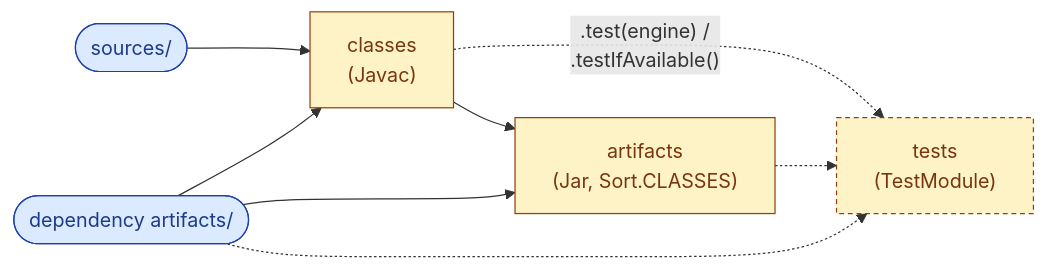
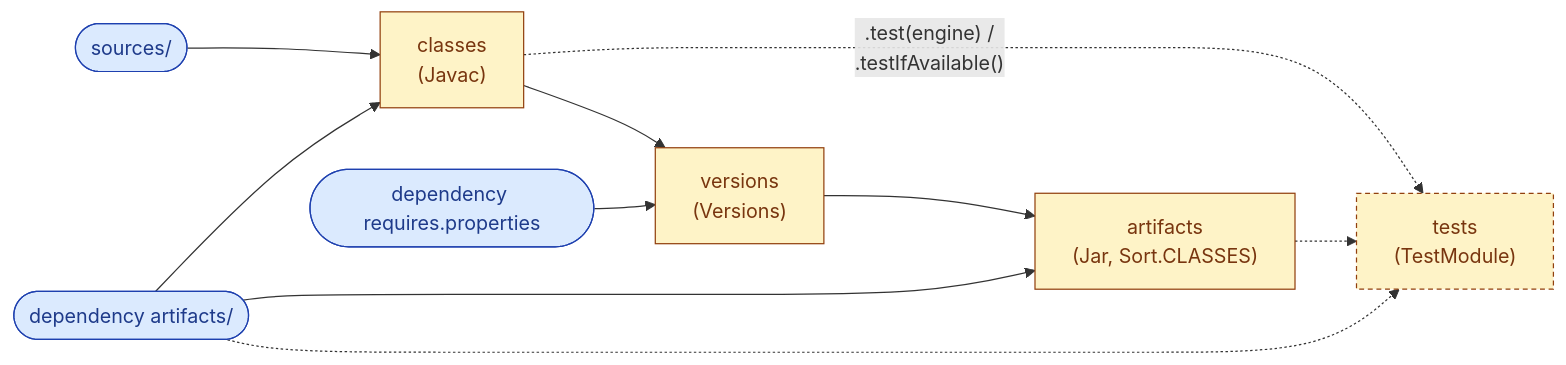
Before and after one commit to raphw/jenesis: the first of 6 diagrams in README.md, drawn with Mermaid. The commit also changed other lines of this file, not shown here.

````diff
--- a/README.md
+++ b/README.md
@@ -248,18 +261,22 @@
 ```mermaid
 flowchart LR
   classDef input fill:#dbeafe,stroke:#1e40af,color:#1e3a8a;
   classDef step fill:#fef3c7,stroke:#92400e,color:#78350f;
   classDef optional fill:#fef3c7,stroke:#92400e,color:#78350f,stroke-dasharray:4 3;
   src(["sources/"]):::input
   arts(["dependency artifacts/"]):::input
+  req(["dependency requires.properties"]):::input
   classes["classes<br/>(Javac)"]:::step
+  versions["versions<br/>(Versions)"]:::step
   artifacts["artifacts<br/>(Jar, Sort.CLASSES)"]:::step
   tests["tests<br/>(TestModule)"]:::optional
   src --> classes
   arts --> classes
-  classes --> artifacts
+  classes --> versions
+  req --> versions
+  versions --> artifacts
   arts --> artifacts
   classes -.->|".test(engine) /<br/>.testIfAvailable()"| tests
   artifacts -.-> tests
   arts -.-> tests
 ```
````
